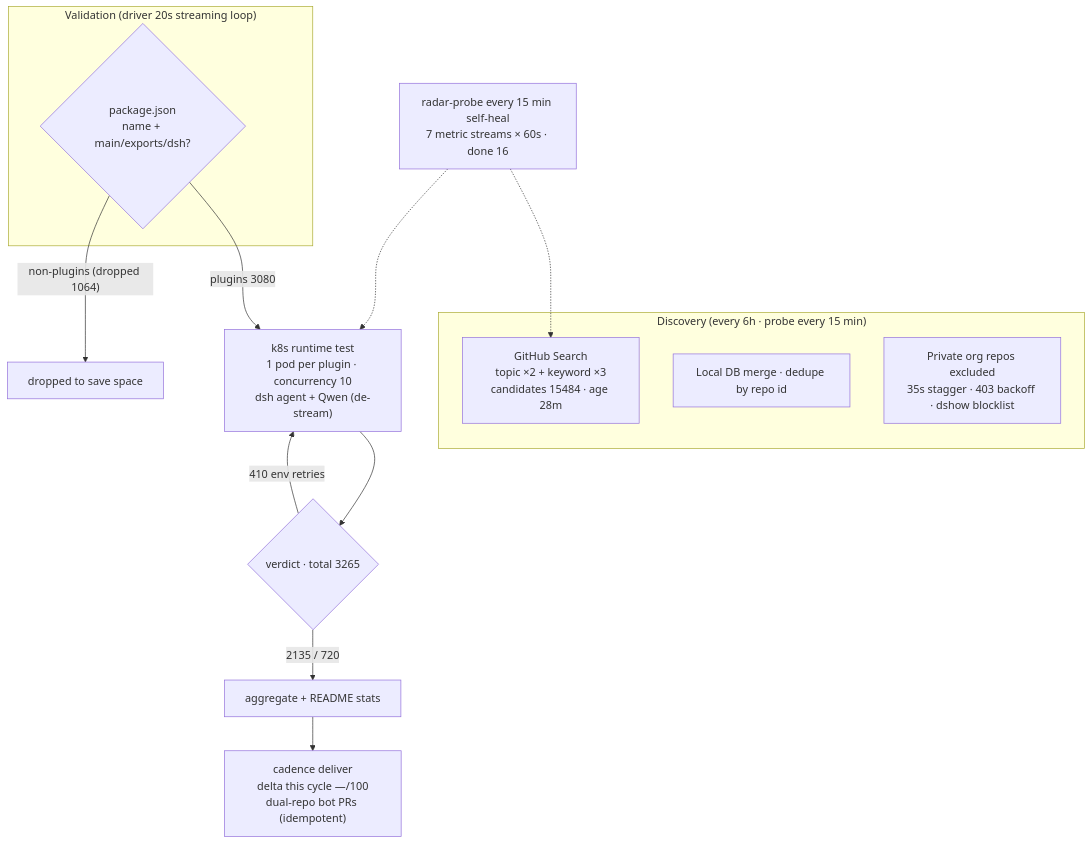
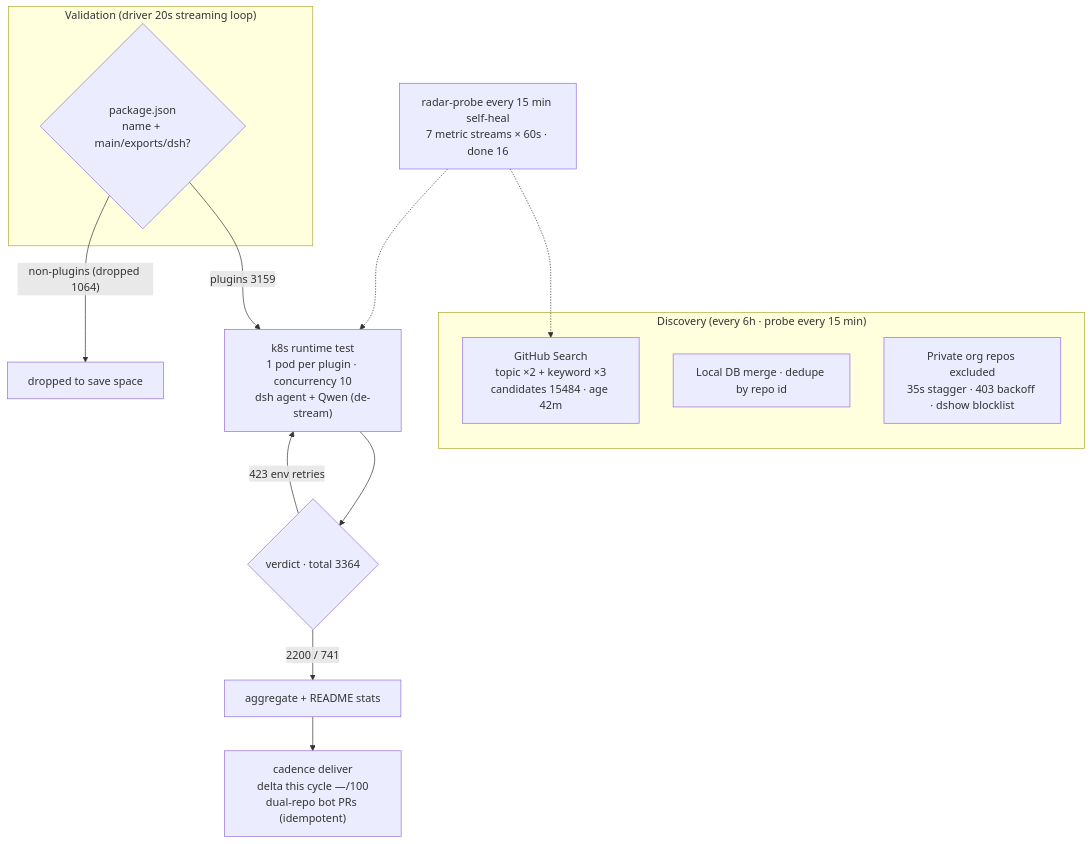
One commit to AdamPlatin123/awesome-dsh-plugins changed the diagram in README.en-US.md. Above: the diagram before and after it, drawn with Mermaid. The commit also changed other lines of this file and 5 other files, not shown here.

````diff
--- a/README.en-US.md
+++ b/README.en-US.md
@@ -30,20 +30,20 @@
 ```mermaid
 flowchart TB
     subgraph Discovery["Discovery (every 6h · probe every 15 min)"]
-        A1["GitHub Search<br/>topic ×2 + keyword ×3<br/>candidates 15484 · age 28m"]
+        A1["GitHub Search<br/>topic ×2 + keyword ×3<br/>candidates 15484 · age 42m"]
         A2["Local DB merge · dedupe by repo id"]
         A3["Private org repos excluded<br/>35s stagger · 403 backoff · dshow blocklist"]
     end
     subgraph Validation["Validation (driver 20s streaming loop)"]
         B1{"package.json<br/>name + main/exports/dsh?"}
     end
-    B1 -->|"plugins 3080"| C1["k8s runtime test<br/>1 pod per plugin · concurrency 10<br/>dsh agent + Qwen (de-stream)"]
+    B1 -->|"plugins 3159"| C1["k8s runtime test<br/>1 pod per plugin · concurrency 10<br/>dsh agent + Qwen (de-stream)"]
     B1 -->|"non-plugins (dropped 1064)"| B3["dropped to save space"]
-    C1 --> D1{"verdict · total 3265"}
-    D1 -->|"2135 / 720"| E1["aggregate + README stats"]
-    D1 -->|"410 env retries"| C1
+    C1 --> D1{"verdict · total 3364"}
+    D1 -->|"2200 / 741"| E1["aggregate + README stats"]
+    D1 -->|"423 env retries"| C1
     E1 --> E2["cadence deliver<br/>delta this cycle —/100<br/>dual-repo bot PRs (idempotent)"]
     M["radar-probe every 15 min self-heal<br/>7 metric streams × 60s · done 16"]
     M -.-> A1
     M -.-> C1
 ```
````
